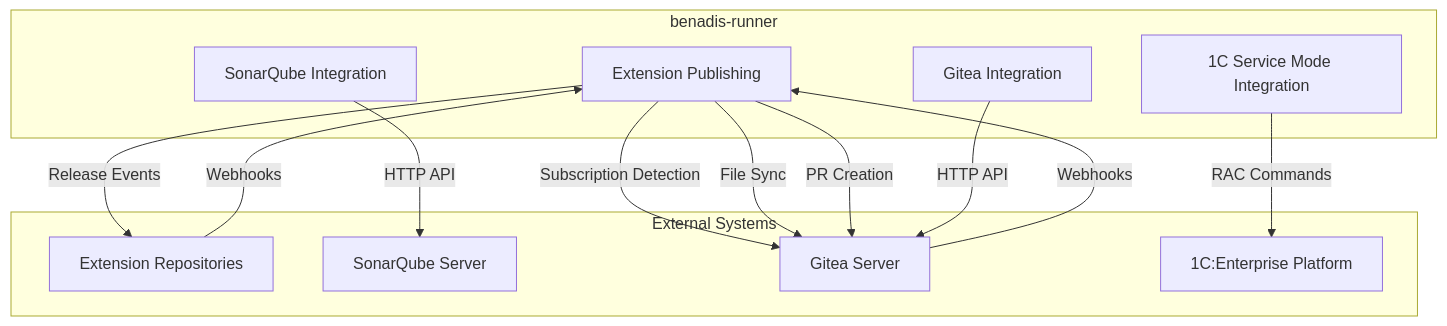
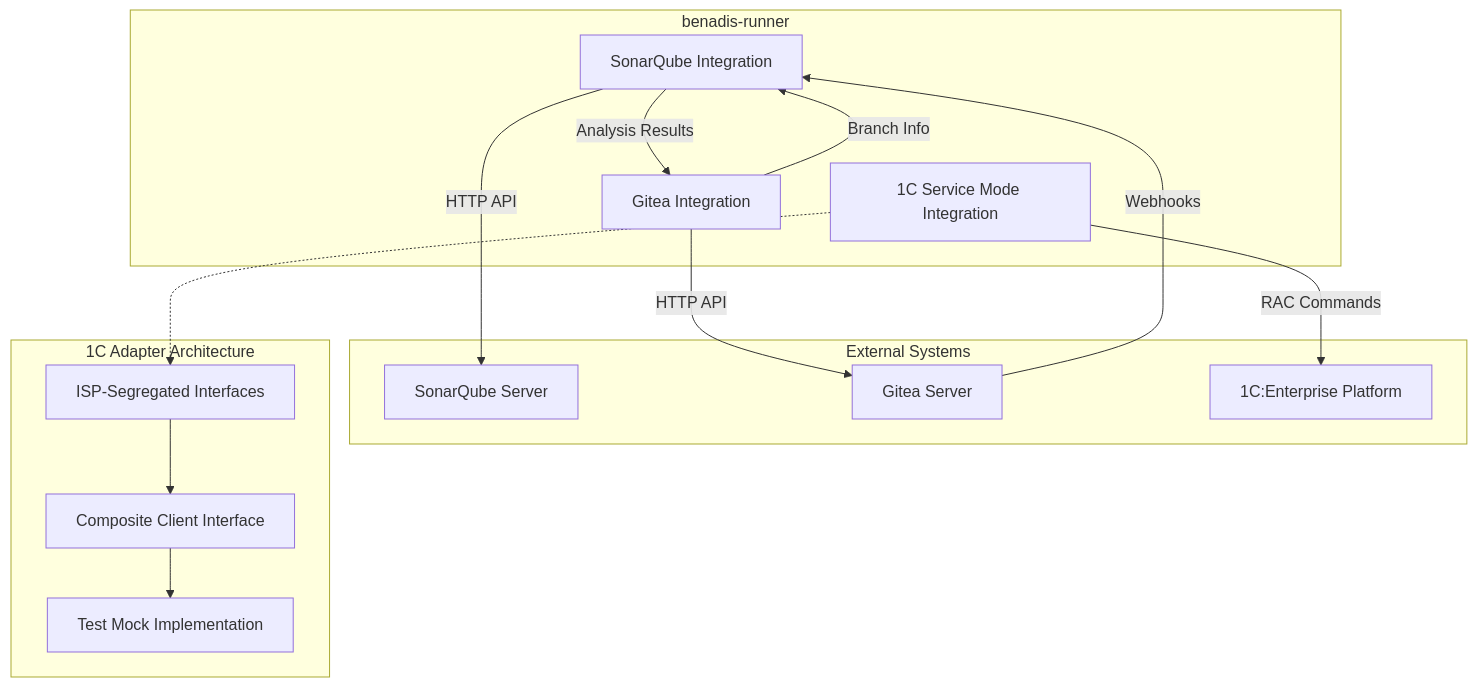
Before and after one commit to Kargones/apk-ci: the first of 2 diagrams in .qoder/repowiki/en/content/Advanced Integrations/Advanced Integrations.md, drawn with Mermaid. The commit also changed other lines of this file and 2036 other files, not shown here.

````diff
--- a/.qoder/repowiki/en/content/Advanced Integrations/Advanced Integrations.md
+++ b/.qoder/repowiki/en/content/Advanced Integrations/Advanced Integrations.md
@@ -166,24 +144,27 @@
 ```mermaid
 graph TD
 subgraph "benadis-runner"
-EP[Extension Publishing]
 SQ[SonarQube Integration]
 GT[Gitea Integration]
 SM[1C Service Mode Integration]
 end
 subgraph "External Systems"
-EXT[Extension Repositories]
 SQS[SonarQube Server]
 GIT[Gitea Server]
 ONE[1C:Enterprise Platform]
 end
-EP --> |Release Events| EXT
-EP --> |Subscription Detection| GIT
-EP --> |File Sync| GIT
-EP --> |PR Creation| GIT
 SQ --> |HTTP API| SQS
 GT --> |HTTP API| GIT
 SM --> |RAC Commands| ONE
-EXT --> |Webhooks| EP
-GIT --> |Webhooks| EP
+GIT --> |Webhooks| SQ
+SQ --> |Analysis Results| GT
+GT --> |Branch Info| SQ
+subgraph "1C Adapter Architecture"
+INTF[ISP-Segregated Interfaces]
+CL[Composite Client Interface]
+MCK[Test Mock Implementation]
+end
+SM -.-> INTF
+INTF --> CL
+CL --> MCK
 ```
````
